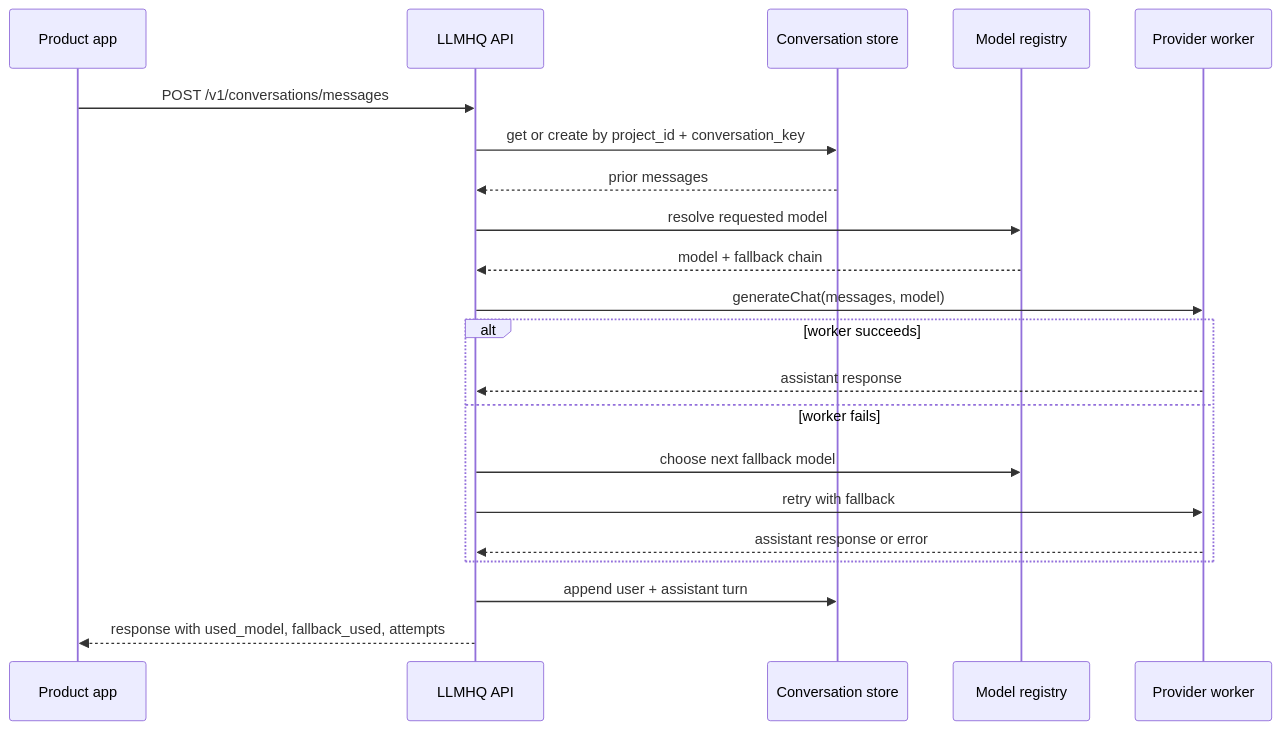
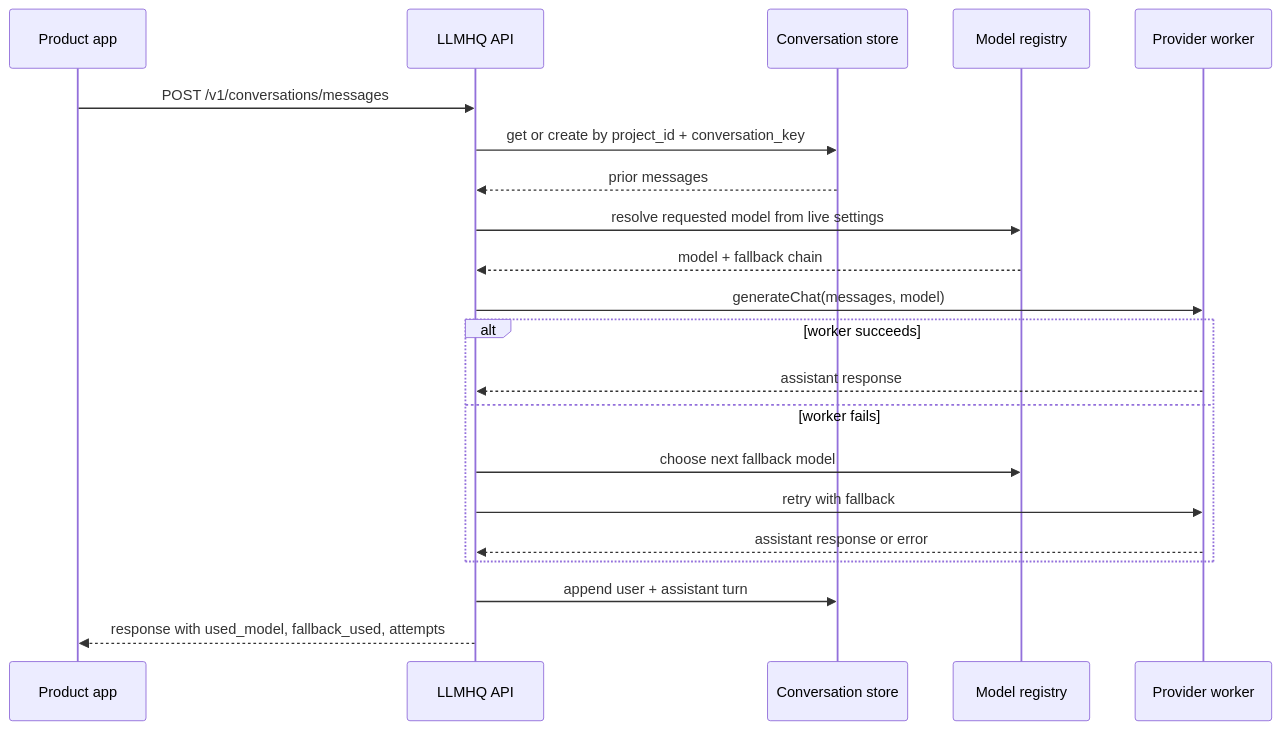
The second of 3 diagrams in planning/technical-architecture.md (rester159/LLMHQ), drawn with Mermaid before and after one commit. The commit also changed other lines of this file and 13 other files, not shown here.

Commit message:
Make admin settings update live runtime

````diff
--- a/planning/technical-architecture.md
+++ b/planning/technical-architecture.md
@@ -51,24 +56,24 @@
 ```mermaid
 sequenceDiagram
   participant App as Product app
   participant API as LLMHQ API
   participant Store as Conversation store
   participant Registry as Model registry
   participant Worker as Provider worker
 
   App->>API: POST /v1/conversations/messages
   API->>Store: get or create by project_id + conversation_key
   Store-->>API: prior messages
-  API->>Registry: resolve requested model
+  API->>Registry: resolve requested model from live settings
   Registry-->>API: model + fallback chain
   API->>Worker: generateChat(messages, model)
   alt worker succeeds
     Worker-->>API: assistant response
   else worker fails
     API->>Registry: choose next fallback model
     API->>Worker: retry with fallback
     Worker-->>API: assistant response or error
   end
   API->>Store: append user + assistant turn
   API-->>App: response with used_model, fallback_used, attempts
 ```
````
